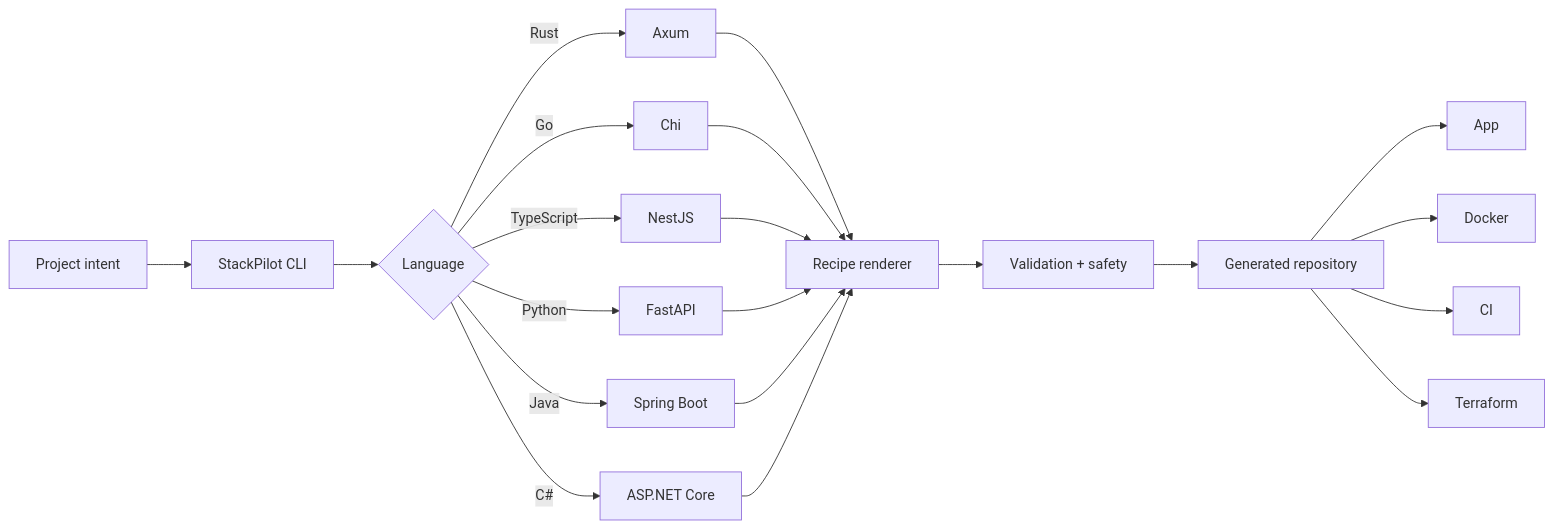
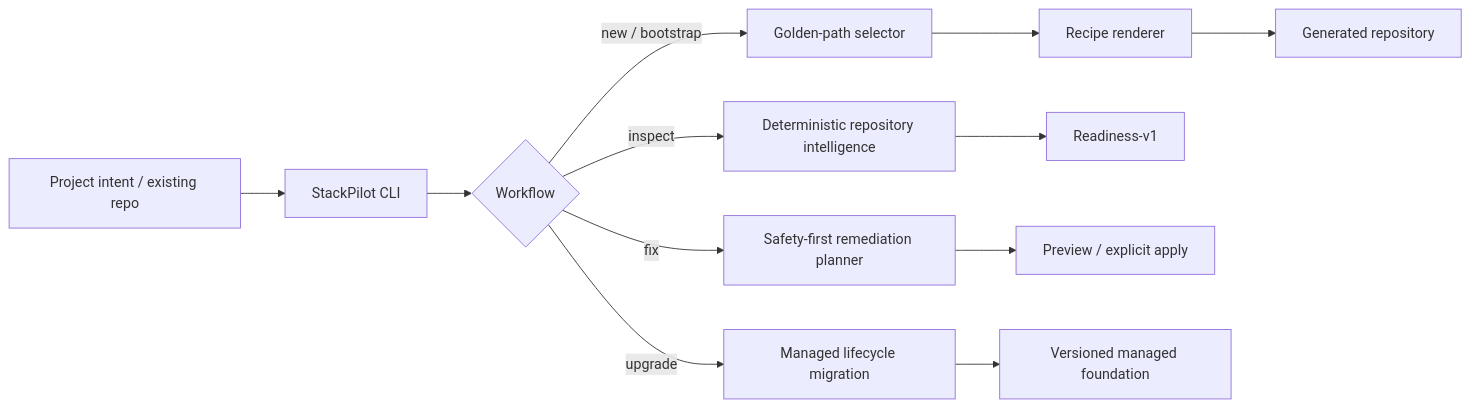
The first of 2 diagrams in README.md (gODtECH-Ctl-Create/StackPilot), drawn with Mermaid before and after one commit. The commit also changed other lines of this file and 9 other files, not shown here.

First line of the commit message:
release: prepare StackPilot v0.2.0

````diff
--- a/README.md
+++ b/README.md
@@ -162,25 +247,15 @@
 ```mermaid
 flowchart LR
-    A[Project intent] --> B[StackPilot CLI]
-    B --> C{Language}
-    C -->|Rust| D[Axum]
-    C -->|Go| E[Chi]
-    C -->|TypeScript| F[NestJS]
-    C -->|Python| G[FastAPI]
-    C -->|Java| H[Spring Boot]
-    C -->|C#| I[ASP.NET Core]
+    A[Project intent / existing repo] --> B[StackPilot CLI]
+    B --> C{Workflow}
+    C -->|new / bootstrap| D[Golden-path selector]
+    C -->|inspect| E[Deterministic repository intelligence]
+    C -->|fix| F[Safety-first remediation planner]
+    C -->|upgrade| G[Managed lifecycle migration]
 
-    D --> J[Recipe renderer]
-    E --> J
-    F --> J
-    G --> J
-    H --> J
-    I --> J
-
-    J --> K[Validation + safety]
-    K --> L[Generated repository]
-    L --> M[App]
-    L --> N[Docker]
-    L --> O[CI]
-    L --> P[Terraform]
+    D --> H[Recipe renderer]
+    H --> I[Generated repository]
+    E --> J[Readiness-v1]
+    F --> K[Preview / explicit apply]
+    G --> L[Versioned managed foundation]
 ```
````
